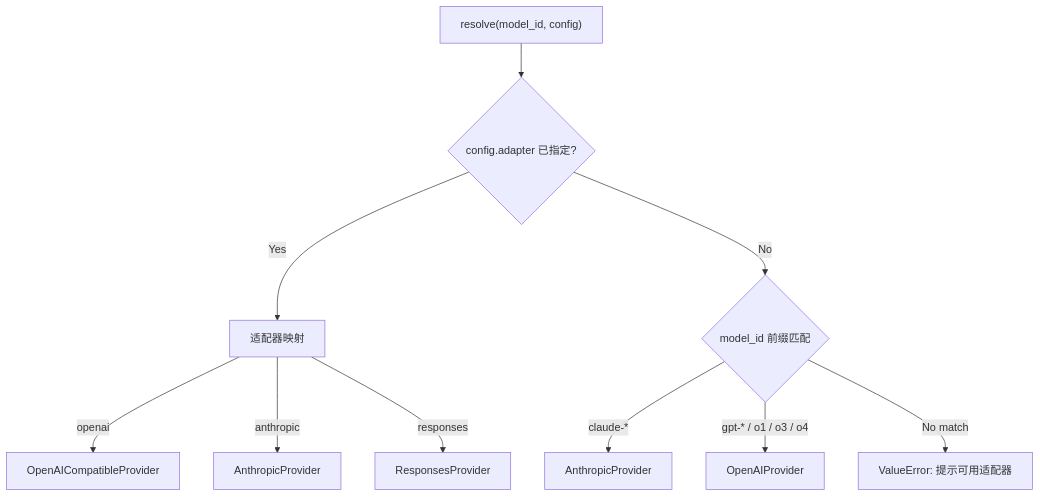
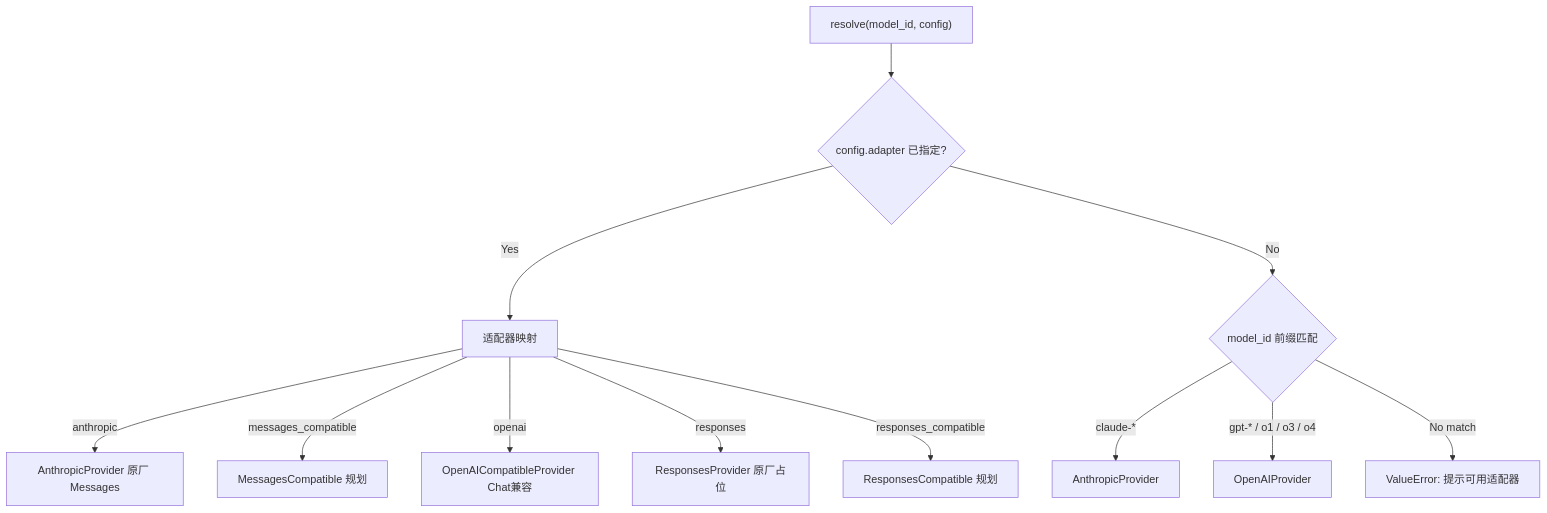
Before and after one commit to DawnOf1996/nono-agent: the sixth of 6 diagrams in docs/NonoAgent-Architecture.md, drawn with Mermaid. The commit also changed other lines of this file and 8 other files, not shown here.

First line of the commit message:
docs: 对齐架构与 Roadmap，新增提交规范

````diff
--- a/docs/NonoAgent-Architecture.md
+++ b/docs/NonoAgent-Architecture.md
@@ -351,14 +402,16 @@
 ```mermaid
 graph TB
     Request["resolve(model_id, config)"] --> Check{config.adapter 已指定?}
 
     Check -->|Yes| AdapterMap[适配器映射]
-    AdapterMap -->|openai| OCP[OpenAICompatibleProvider]
-    AdapterMap -->|anthropic| AP[AnthropicProvider]
-    AdapterMap -->|responses| RP[ResponsesProvider]
+    AdapterMap -->|anthropic| AP[AnthropicProvider 原厂 Messages]
+    AdapterMap -->|messages_compatible| MC[MessagesCompatible 规划]
+    AdapterMap -->|openai| OCP[OpenAICompatibleProvider Chat兼容]
+    AdapterMap -->|responses| RP[ResponsesProvider 原厂占位]
+    AdapterMap -->|responses_compatible| RC[ResponsesCompatible 规划]
 
     Check -->|No| PrefixMatch{model_id 前缀匹配}
     PrefixMatch -->|claude-*| AP2[AnthropicProvider]
     PrefixMatch -->|gpt-* / o1 / o3 / o4| OP[OpenAIProvider]
     PrefixMatch -->|No match| Error[ValueError: 提示可用适配器]
 ```
````
